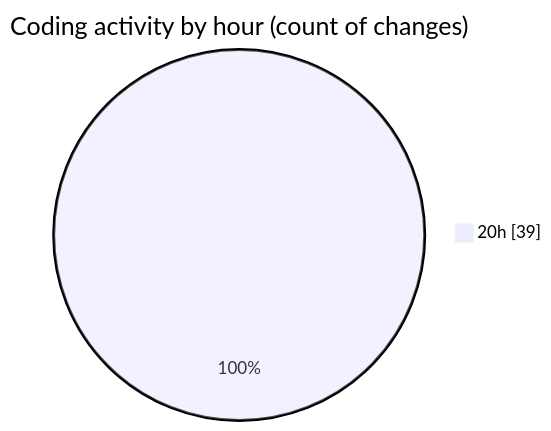
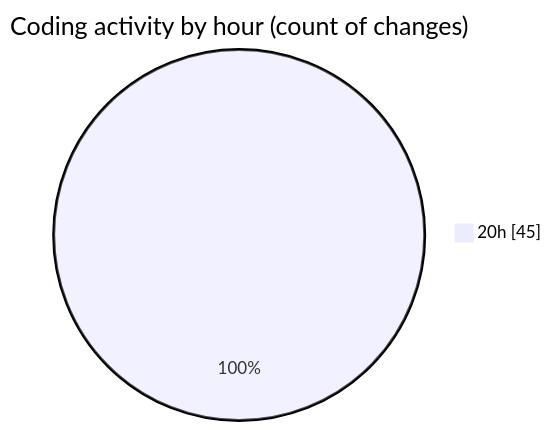
The second of 2 diagrams in 2025-07-26/javascript/README.md (Ritupan-Deka/code-tracking), drawn with Mermaid before and after one commit. The commit also changed other lines of this file and 1 other file, not shown here.

````diff
--- a/2025-07-26/javascript/README.md
+++ b/2025-07-26/javascript/README.md
@@ -28,5 +28,5 @@
 ```mermaid
 pie showData
 title Coding activity by hour (count of changes)
-"20h" : 39
+"20h" : 45
 ```
````
